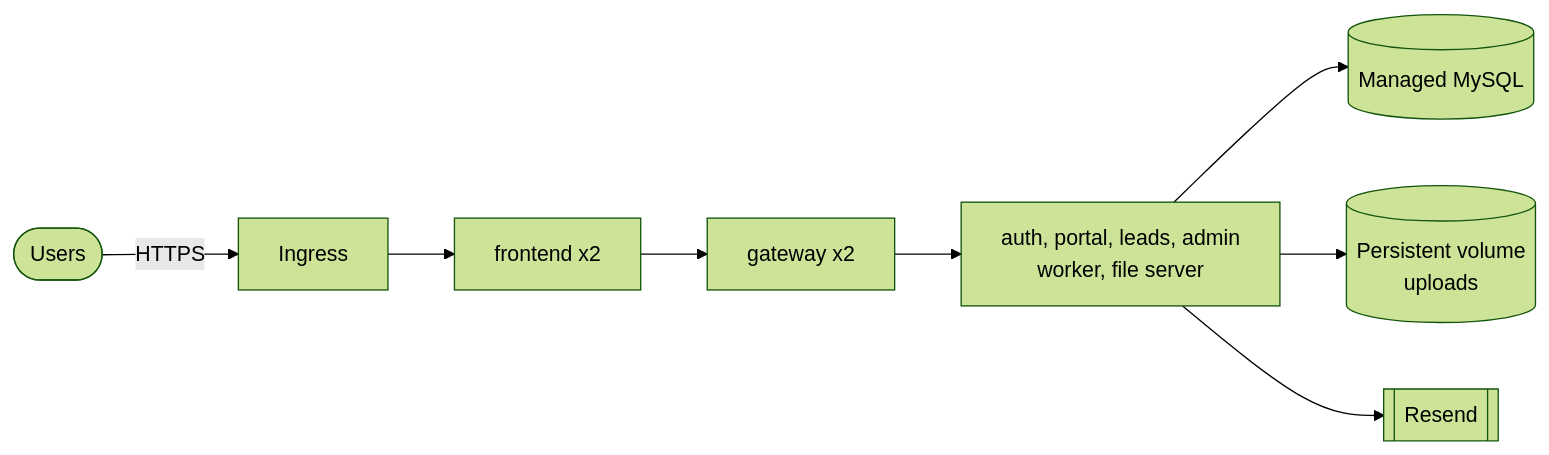
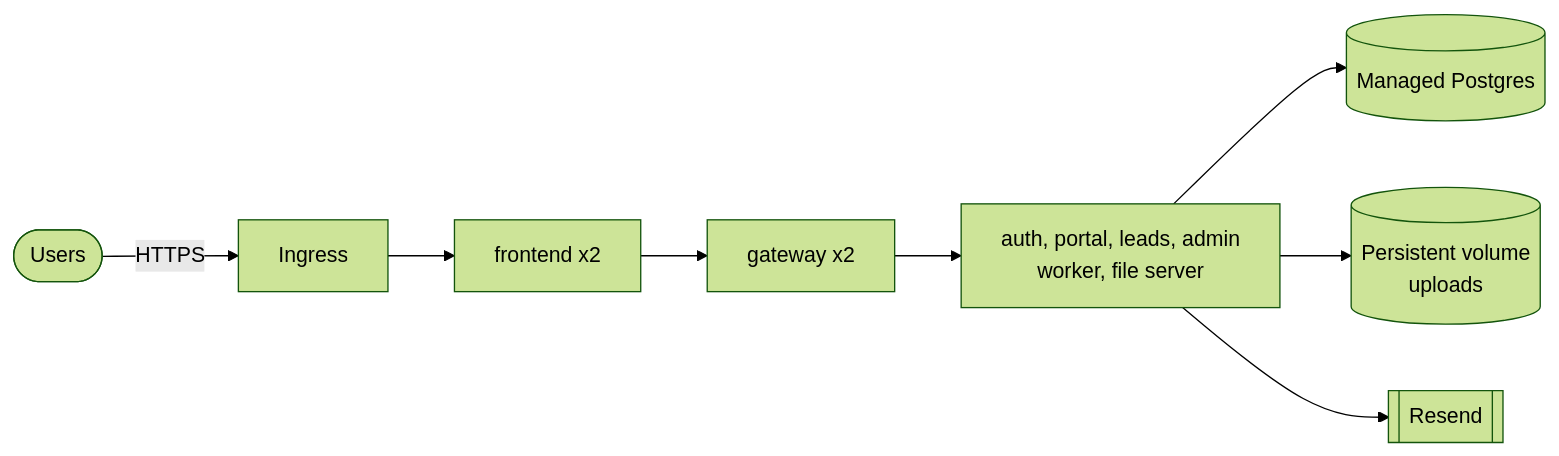
One commit to Neuravic-co/Neuravic changed the sixth of 6 diagrams in docs/01-Architecture.md. Above: the diagram before and after it, drawn with Mermaid (forest theme). The commit also changed other lines of this file and 54 other files, not shown here.

````diff
--- a/docs/01-Architecture.md
+++ b/docs/01-Architecture.md
@@ -296,10 +296,10 @@
 ```mermaid
 flowchart LR
     U([Users]) -->|HTTPS| IN[Ingress]
     IN --> FE[frontend x2]
     FE --> GW[gateway x2]
     GW --> S[auth, portal, leads, admin<br/>worker, file server]
-    S --> MY[(Managed MySQL)]
+    S --> MY[(Managed Postgres)]
     S --> VOL[(Persistent volume<br/>uploads)]
     S --> RS[[Resend]]
 ```
````
